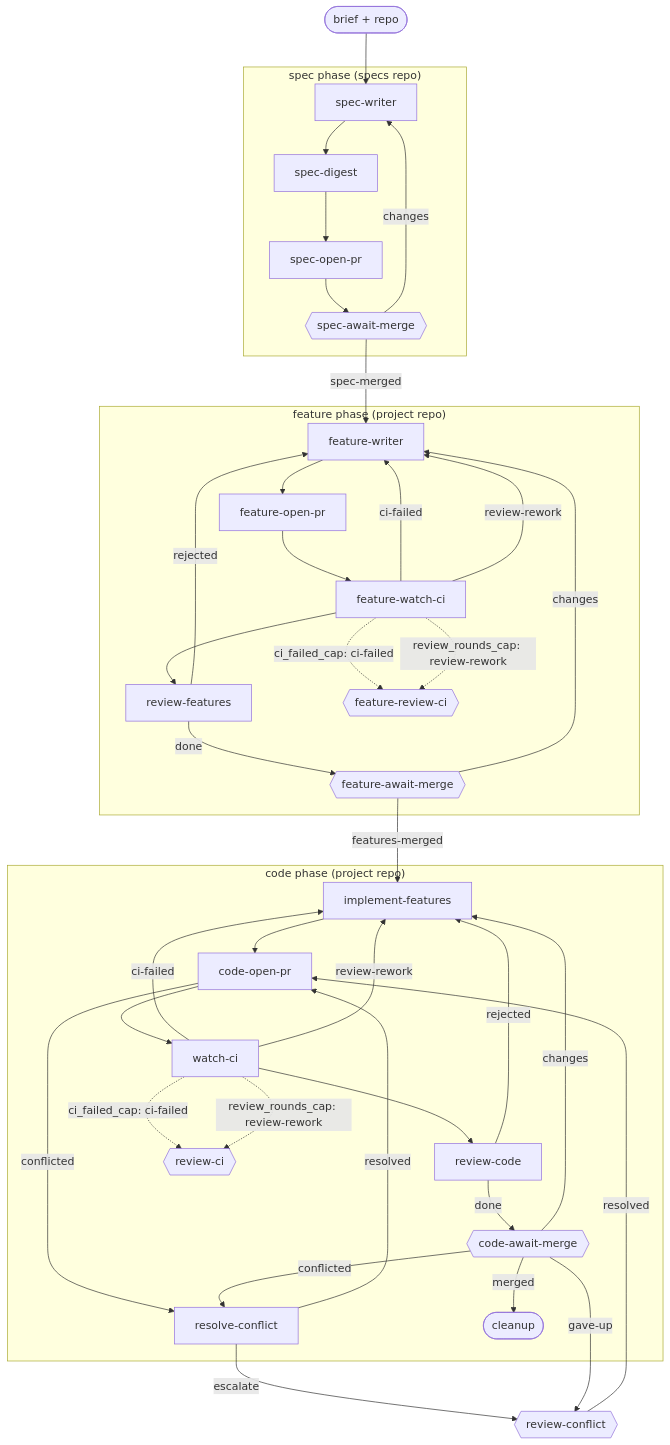
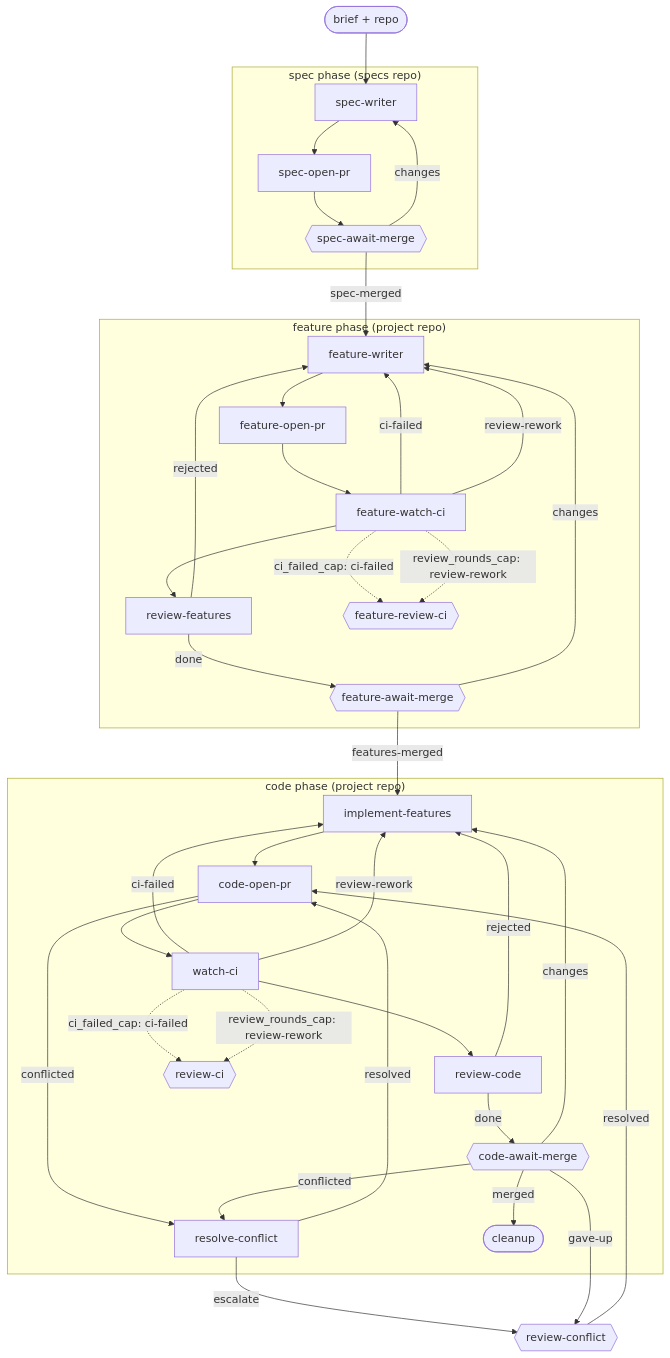
The diagram in docs/bdd-driven.md (kenmclennan/lightcycle-workflows), drawn with Mermaid before and after one commit. The commit also changed other lines of this file and 6 other files, not shown here.

First line of the commit message:
refactor(workflows): fold the spec digest into spec-writer

````diff
--- a/docs/bdd-driven.md
+++ b/docs/bdd-driven.md
@@ -15,37 +15,37 @@
 ```mermaid
 flowchart TD
     brief(["brief + repo"]) --> SW["spec-writer"]
     subgraph S ["spec phase (specs repo)"]
-        SW --> SD["spec-digest"] --> SOP["spec-open-pr"] --> SAM{{"spec-await-merge"}}
+        SW --> SOP["spec-open-pr"] --> SAM{{"spec-await-merge"}}
         SAM -->|changes| SW
     end
     SAM -->|spec-merged| FW["feature-writer"]
     subgraph F ["feature phase (project repo)"]
         FW --> FOP["feature-open-pr"] --> FWCI["feature-watch-ci"] --> RF["review-features"]
         FWCI -->|ci-failed| FW
         FWCI -->|review-rework| FW
         FWCI -.->|"ci_failed_cap: ci-failed"| FRCI{{"feature-review-ci"}}
         FWCI -.->|"review_rounds_cap: review-rework"| FRCI
         RF -->|rejected| FW
         RF -->|done| FAM{{"feature-await-merge"}}
         FAM -->|changes| FW
     end
     FAM -->|features-merged| IF["implement-features"]
     subgraph C ["code phase (project repo)"]
         IF --> COP["code-open-pr"] --> WCI["watch-ci"] --> RC["review-code"]
         WCI -->|ci-failed| IF
         WCI -->|review-rework| IF
         WCI -.->|"ci_failed_cap: ci-failed"| RCI{{"review-ci"}}
         WCI -.->|"review_rounds_cap: review-rework"| RCI
         RC -->|rejected| IF
         RC -->|done| CAM{{"code-await-merge"}}
         CAM -->|changes| IF
         COP -->|conflicted| RCF["resolve-conflict"]
         CAM -->|conflicted| RCF
         RCF -->|resolved| COP
         CAM -->|merged| CU(["cleanup"])
     end
     RCF -->|escalate| RCON{{"review-conflict"}}
     CAM -->|gave-up| RCON
     RCON -->|resolved| COP
 ```
````
